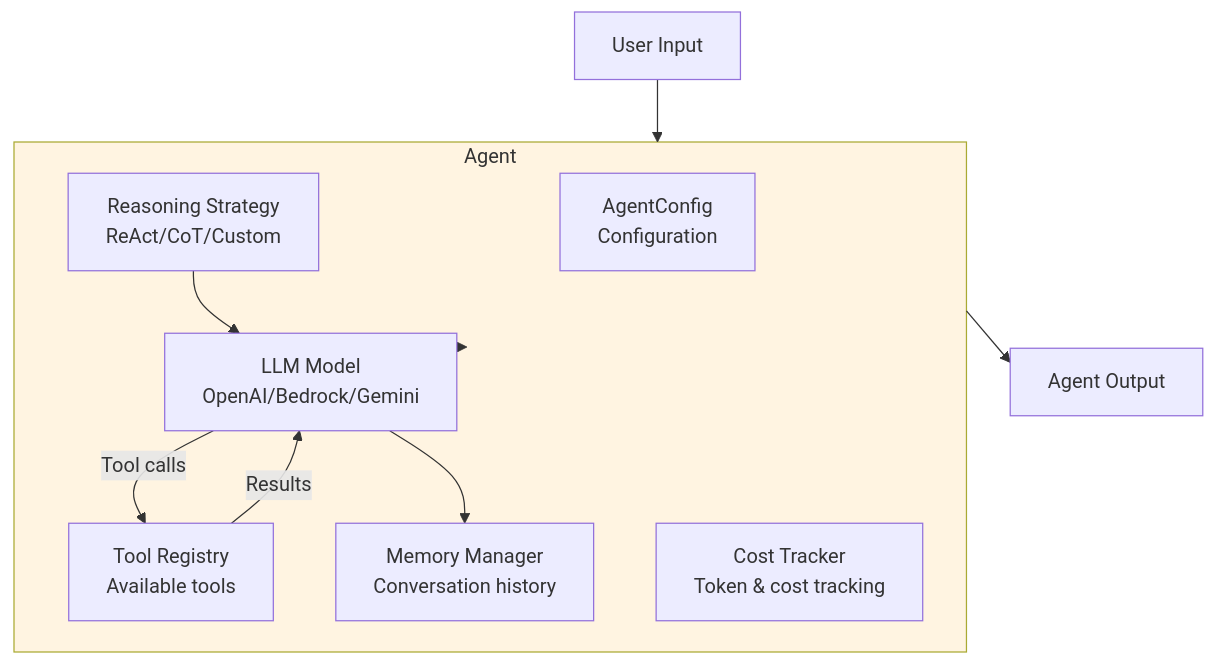
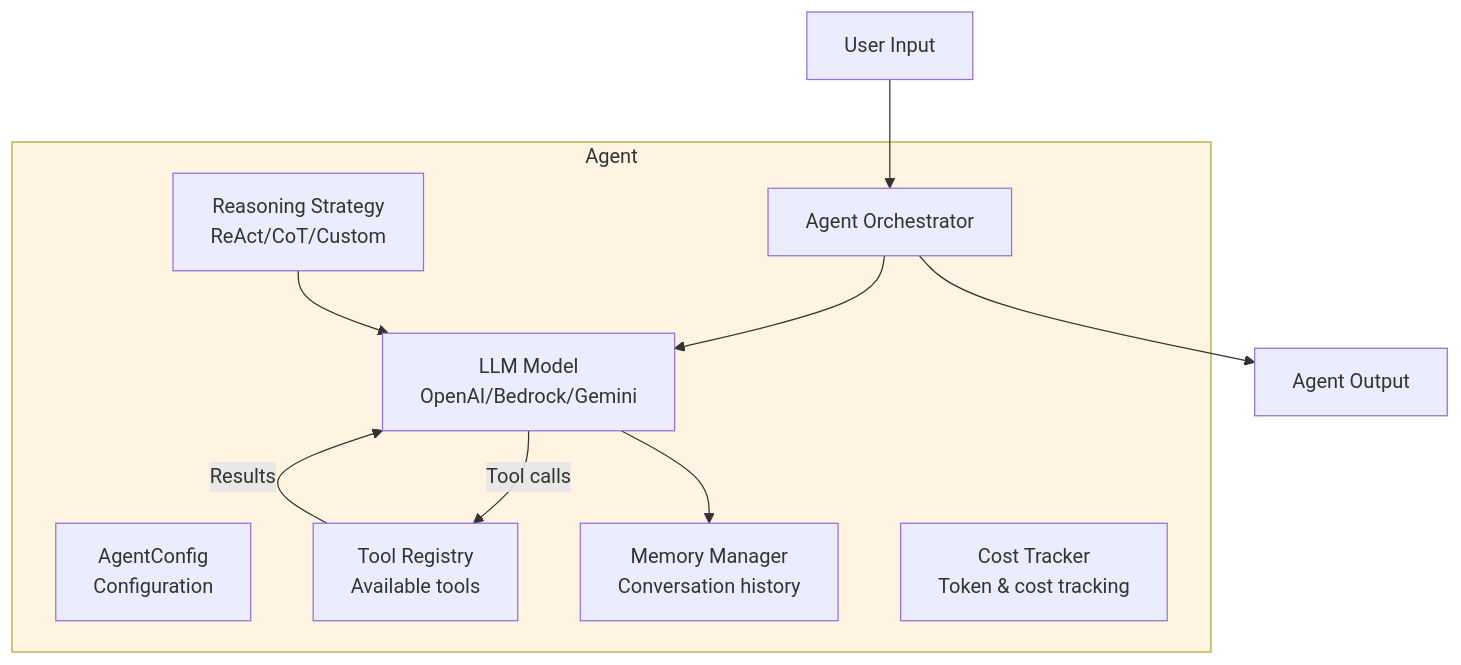
The sixth of 8 diagrams in docs/introduction/concepts.md (wensheng/spark), drawn with Mermaid before and after one commit. The commit also changed other lines of this file and 18 other files, not shown here.

````diff
--- a/docs/introduction/concepts.md
+++ b/docs/introduction/concepts.md
@@ -544,21 +549,24 @@
 ```mermaid
 graph TB
-    subgraph Agent
+    subgraph AgentSystem ["Agent"]
         Config[AgentConfig<br/>Configuration]
         Model[LLM Model<br/>OpenAI/Bedrock/Gemini]
         Tools[Tool Registry<br/>Available tools]
         Memory[Memory Manager<br/>Conversation history]
         Strategy[Reasoning Strategy<br/>ReAct/CoT/Custom]
         Cost[Cost Tracker<br/>Token & cost tracking]
+        
+        %% The orchestrator
+        Core[Agent Orchestrator]
     end
 
-    User[User Input] --> Agent
-    Agent --> Model
+    User[User Input] --> Core
+    Core --> Model
     Model --> |Tool calls| Tools
     Tools --> |Results| Model
     Model --> Memory
     Strategy --> Model
-    Agent --> Output[Agent Output]
+    Core --> Output[Agent Output]
 
-    style Agent fill:#fff4e1
+    style AgentSystem fill:#fff4e1
 ```
````
